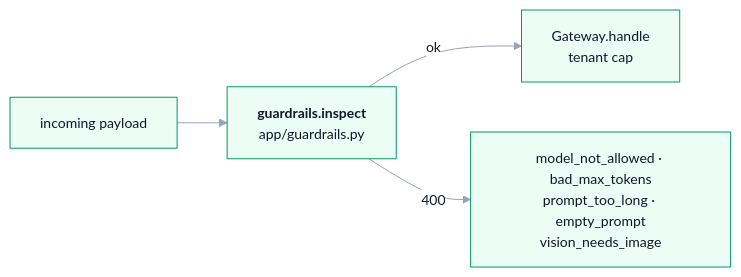
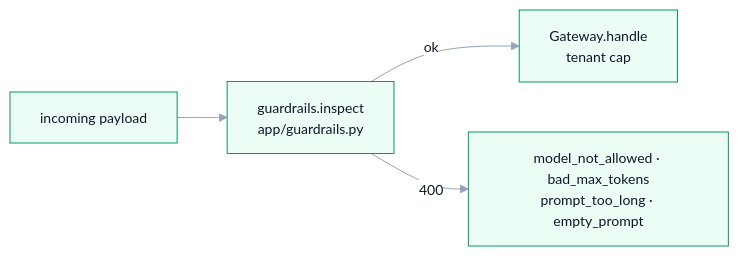
One commit to harshuljain13/Dodona changed the diagram in docs/cluster/gateway.md. Above: the diagram before and after it, drawn with Mermaid. The commit also changed 17 other files, not shown here.

````diff
--- a/docs/cluster/gateway.md
+++ b/docs/cluster/gateway.md
@@ -13,14 +13,14 @@
 ```mermaid
 %%{init: {'theme':'base','themeVariables':{
   'fontFamily':'ui-sans-serif, -apple-system, Segoe UI, Inter, Helvetica, Arial, sans-serif','fontSize':'14px',
   'primaryColor':'#ecfdf5','primaryTextColor':'#0f172a','primaryBorderColor':'#059669',
   'secondaryColor':'#f8fafc','tertiaryColor':'#ffffff',
   'lineColor':'#94a3b8','textColor':'#1e293b',
   'clusterBkg':'#ffffff','clusterBorder':'#a7f3d0',
   'edgeLabelBackground':'#ffffff','nodeBorder':'#059669'
 }}}%%
 flowchart LR
-    REQ["incoming payload"] --> GUARD["<b>guardrails.inspect</b><br/>app/guardrails.py"]
+    REQ["incoming payload"] --> GUARD["guardrails.inspect<br/>app/guardrails.py"]
     GUARD -->|"ok"| ADMIT["Gateway.handle<br/>tenant cap"]
-    GUARD -->|"400"| REJECT["model_not_allowed · bad_max_tokens<br/>prompt_too_long · empty_prompt<br/>vision_needs_image"]
+    GUARD -->|"400"| REJECT["model_not_allowed · bad_max_tokens<br/>prompt_too_long · empty_prompt"]
 ```
````
